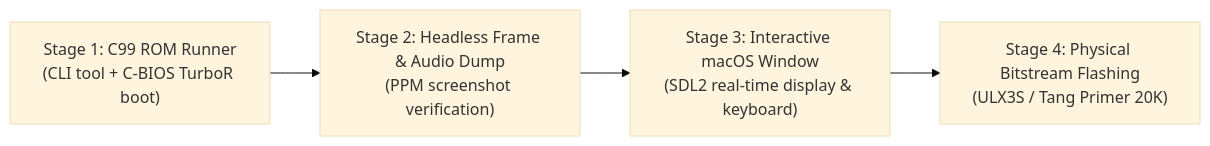
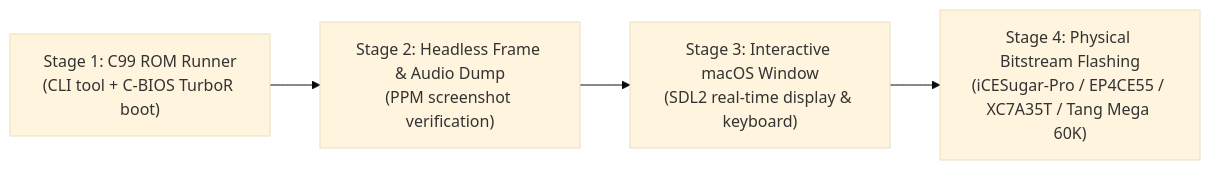
One commit to msx-btron/btron changed the fourth of 4 diagrams in doc/md/FPGA.md. Above: the diagram before and after it, drawn with Mermaid (base theme). The commit also changed other lines of this file and 17 other files, not shown here.

````diff
--- a/doc/md/FPGA.md
+++ b/doc/md/FPGA.md
@@ -451,6 +457,6 @@
 ```mermaid
 flowchart LR
     A["Stage 1: C99 ROM Runner\n(CLI tool + C-BIOS TurboR boot)"] --> B["Stage 2: Headless Frame & Audio Dump\n(PPM screenshot verification)"]
     B --> C["Stage 3: Interactive macOS Window\n(SDL2 real-time display & keyboard)"]
-    C --> D["Stage 4: Physical Bitstream Flashing\n(ULX3S / Tang Primer 20K)"]
+    C --> D["Stage 4: Physical Bitstream Flashing\n(iCESugar-Pro / EP4CE55 / XC7A35T / Tang Mega 60K)"]
 ```
````
